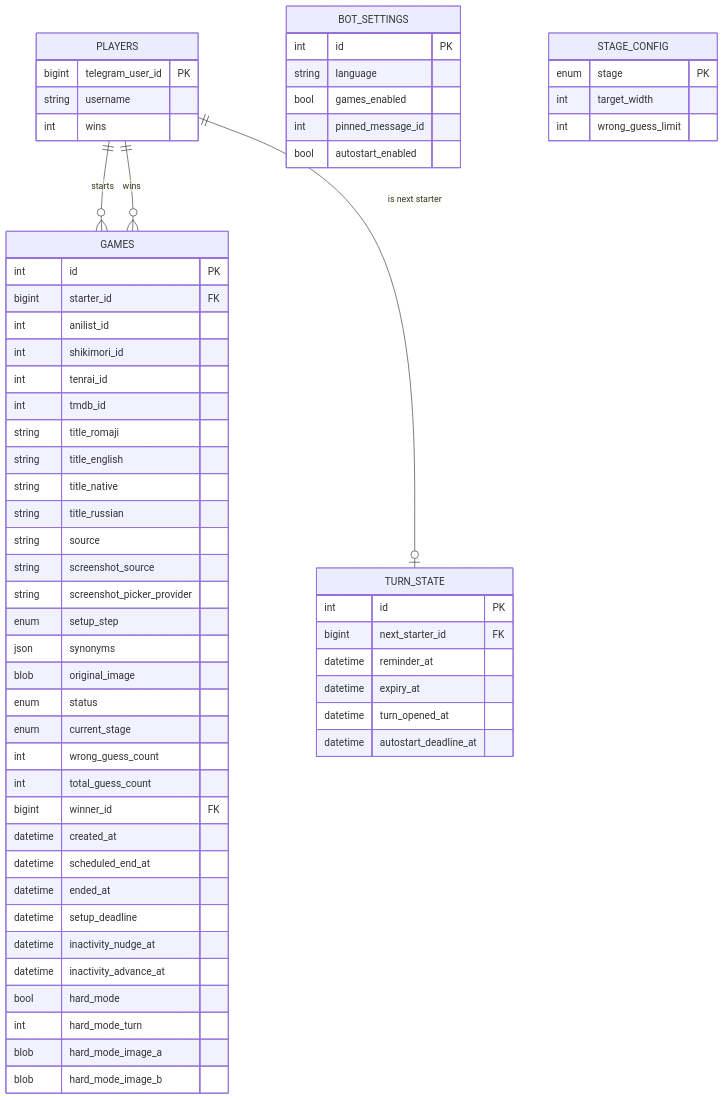
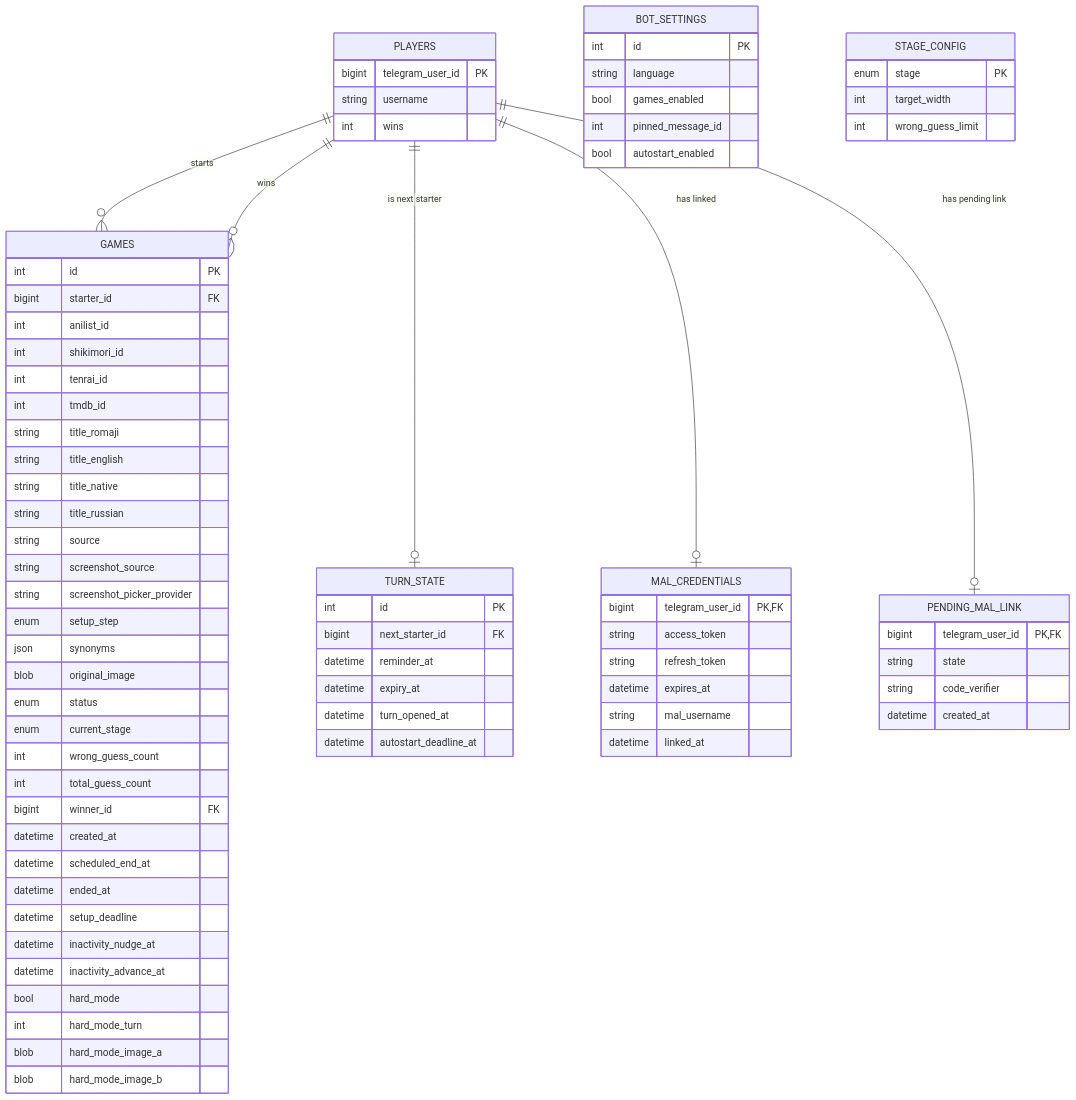
One commit to sm-steel/nani-pix-bot changed the second of 2 diagrams in ARCHITECTURE.md. Above: the diagram before and after it, drawn with Mermaid. The commit also changed other lines of this file and 2 other files, not shown here.

Commit message:
docs: document MAL account linking

````diff
--- a/ARCHITECTURE.md
+++ b/ARCHITECTURE.md
@@ -473,65 +580,81 @@
 ```mermaid
 erDiagram
     PLAYERS ||--o{ GAMES : starts
     PLAYERS ||--o{ GAMES : wins
     PLAYERS ||--o| TURN_STATE : "is next starter"
+    PLAYERS ||--o| MAL_CREDENTIALS : "has linked"
+    PLAYERS ||--o| PENDING_MAL_LINK : "has pending link"
 
     PLAYERS {
         bigint telegram_user_id PK
         string username
         int wins
     }
     GAMES {
         int id PK
         bigint starter_id FK
         int anilist_id
         int shikimori_id
         int tenrai_id
         int tmdb_id
         string title_romaji
         string title_english
         string title_native
         string title_russian
         string source
         string screenshot_source
         string screenshot_picker_provider
         enum setup_step
         json synonyms
         blob original_image
         enum status
         enum current_stage
         int wrong_guess_count
         int total_guess_count
         bigint winner_id FK
         datetime created_at
         datetime scheduled_end_at
         datetime ended_at
         datetime setup_deadline
         datetime inactivity_nudge_at
         datetime inactivity_advance_at
         bool hard_mode
         int hard_mode_turn
         blob hard_mode_image_a
         blob hard_mode_image_b
     }
     TURN_STATE {
         int id PK
         bigint next_starter_id FK
         datetime reminder_at
         datetime expiry_at
         datetime turn_opened_at
         datetime autostart_deadline_at
     }
     BOT_SETTINGS {
         int id PK
         string language
         bool games_enabled
         int pinned_message_id
         bool autostart_enabled
     }
     STAGE_CONFIG {
         enum stage PK
         int target_width
         int wrong_guess_limit
     }
+    MAL_CREDENTIALS {
+        bigint telegram_user_id PK, FK
+        string access_token
+        string refresh_token
+        datetime expires_at
+        string mal_username
+        datetime linked_at
+    }
+    PENDING_MAL_LINK {
+        bigint telegram_user_id PK, FK
+        string state
+        string code_verifier
+        datetime created_at
+    }
 ```
````
